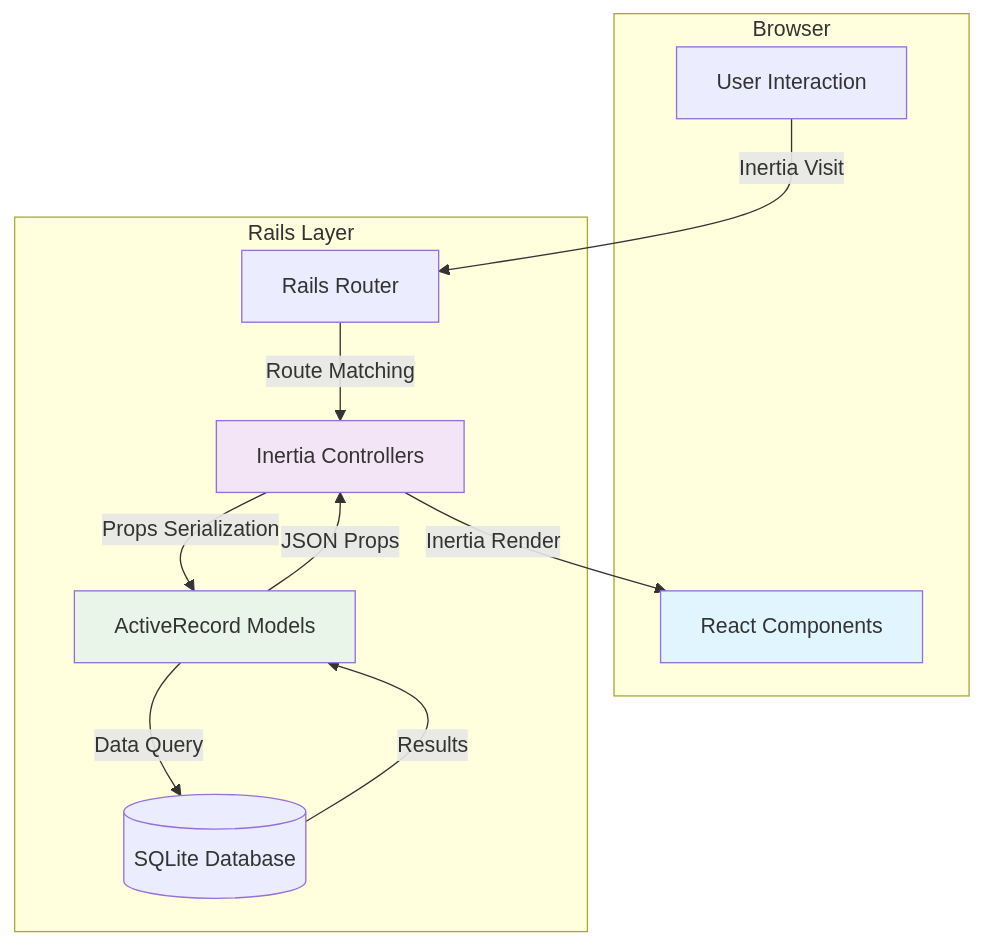
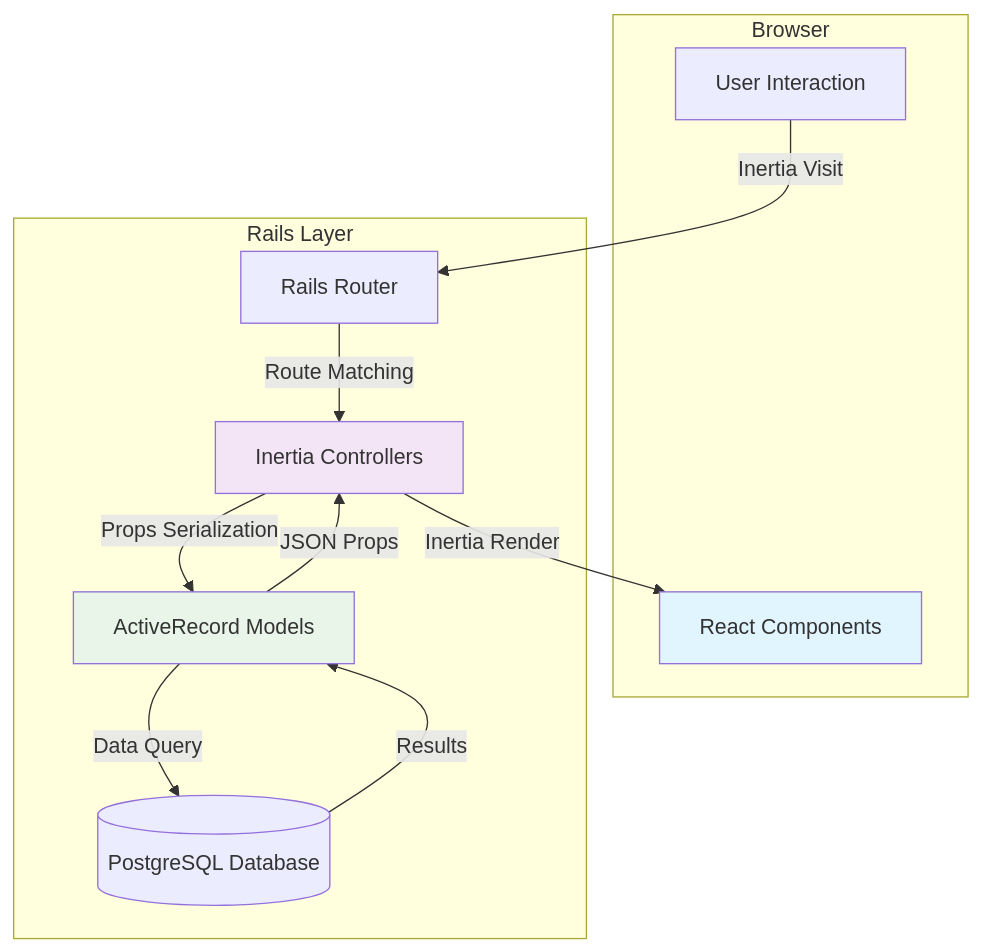
One commit to nordeim/invoiceforge changed the second of 3 diagrams in README.md. Above: the diagram before and after it, drawn with Mermaid. The commit also changed other lines of this file and 4 other files, not shown here.

````diff
--- a/README.md
+++ b/README.md
@@ -175,26 +178,26 @@
 ```mermaid
 graph TB
     subgraph "Browser"
         View[React Components]
         Click[User Interaction]
     end
     
     subgraph "Rails Layer"
         Router[Rails Router]
         Controller[Inertia Controllers]
         Model[ActiveRecord Models]
-        DB[(SQLite Database)]
+        DB[(PostgreSQL Database)]
     end
     
     Click -->|Inertia Visit| Router
     Router -->|Route Matching| Controller
     Controller -->|Props Serialization| Model
     Model -->|Data Query| DB
     DB -->|Results| Model
     Model -->|JSON Props| Controller
     Controller -->|Inertia Render| View
     
     style View fill:#e1f5fe
     style Controller fill:#f3e5f5
     style Model fill:#e8f5e8
 ```
````
